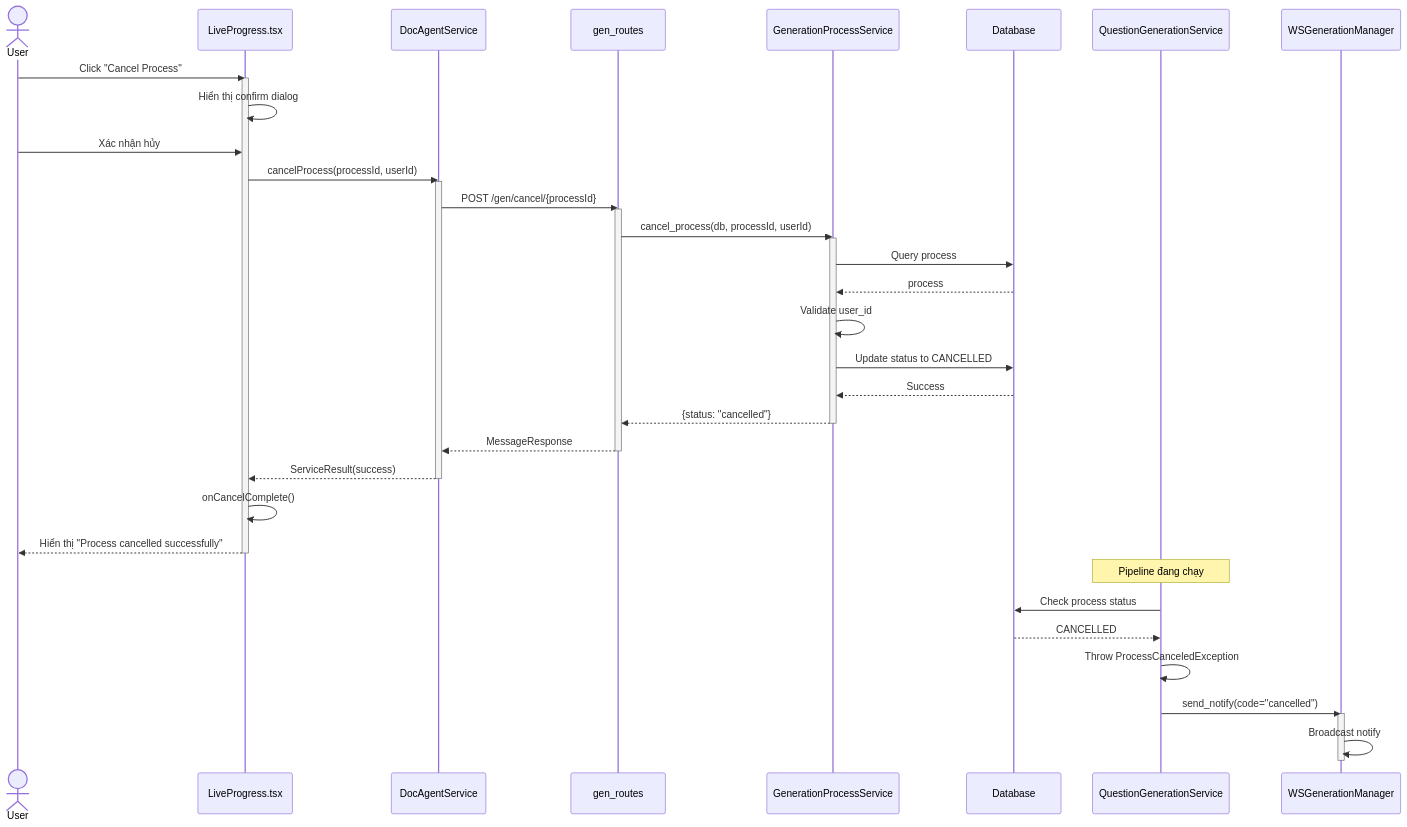
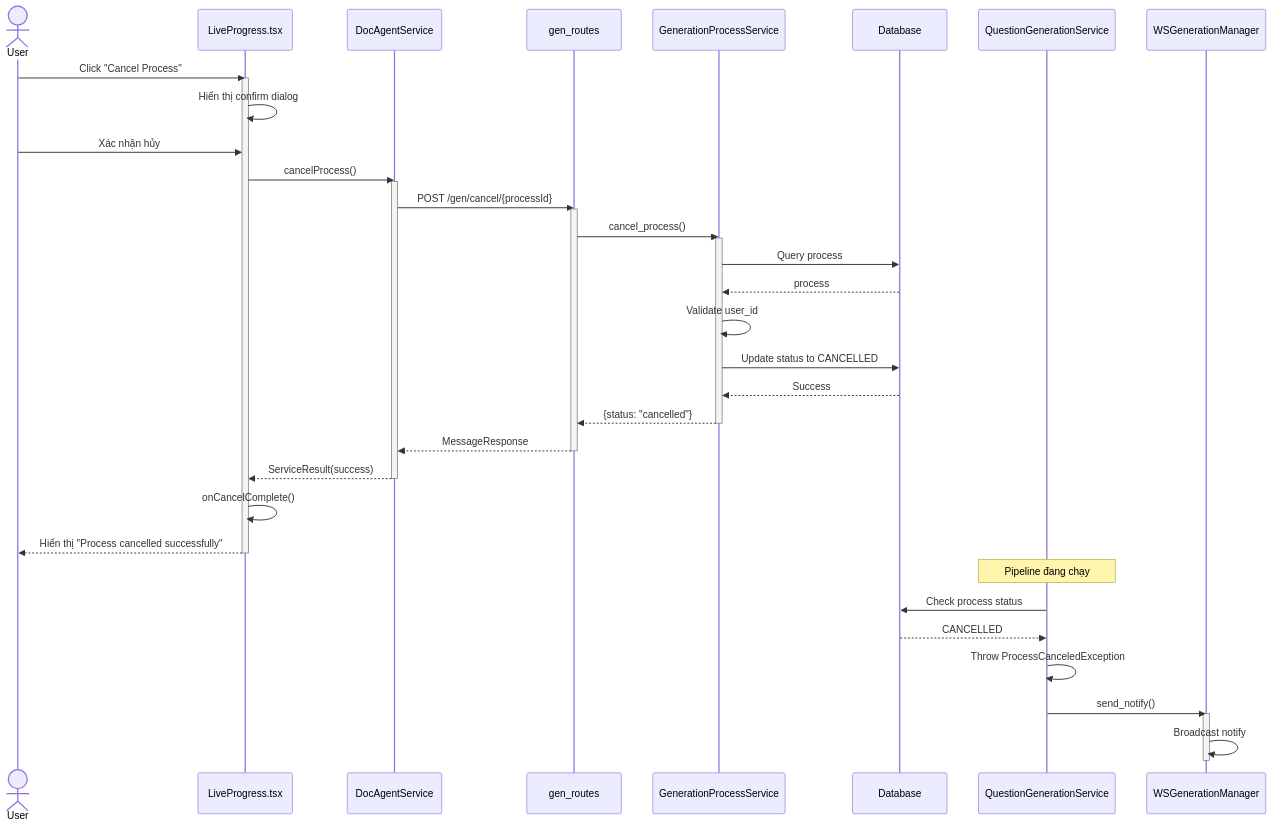
One commit to mduc-2610/gp_doc changed the eighth of 12 diagrams in generation/4_generation_batch_seq.md. Above: the diagram before and after it, drawn with Mermaid. The commit also changed other lines of this file and 10 other files, not shown here.

````diff
--- a/generation/4_generation_batch_seq.md
+++ b/generation/4_generation_batch_seq.md
@@ -190,49 +717,49 @@
 ```mermaid
 sequenceDiagram
     actor User
     participant LiveProgress as LiveProgress.tsx
     participant DocAgentService as DocAgentService
     participant GenRoutes as gen_routes
     participant GenProcessService as GenerationProcessService
     participant DB as Database
     participant QuestionGenService as QuestionGenerationService
     participant WSManager as WSGenerationManager
 
     User->>LiveProgress: Click "Cancel Process"
     activate LiveProgress
     LiveProgress->>LiveProgress: Hiển thị confirm dialog
     User->>LiveProgress: Xác nhận hủy
     
-    LiveProgress->>DocAgentService: cancelProcess(processId, userId)
+    LiveProgress->>DocAgentService: cancelProcess()
     activate DocAgentService
     DocAgentService->>GenRoutes: POST /gen/cancel/{processId}
     activate GenRoutes
     
-    GenRoutes->>GenProcessService: cancel_process(db, processId, userId)
+    GenRoutes->>GenProcessService: cancel_process()
     activate GenProcessService
     GenProcessService->>DB: Query process
     DB-->>GenProcessService: process
     GenProcessService->>GenProcessService: Validate user_id
     GenProcessService->>DB: Update status to CANCELLED
     DB-->>GenProcessService: Success
     GenProcessService-->>GenRoutes: {status: "cancelled"}
     deactivate GenProcessService
     
     GenRoutes-->>DocAgentService: MessageResponse
     deactivate GenRoutes
     DocAgentService-->>LiveProgress: ServiceResult(success)
     deactivate DocAgentService
     
     LiveProgress->>LiveProgress: onCancelComplete()
     LiveProgress-->>User: Hiển thị "Process cancelled successfully"
     deactivate LiveProgress
     
     Note over QuestionGenService: Pipeline đang chạy
     QuestionGenService->>DB: Check process status
     DB-->>QuestionGenService: CANCELLED
     QuestionGenService->>QuestionGenService: Throw ProcessCanceledException
-    QuestionGenService->>WSManager: send_notify(code="cancelled")
+    QuestionGenService->>WSManager: send_notify()
     activate WSManager
     WSManager->>WSManager: Broadcast notify
     deactivate WSManager
 ```
````
